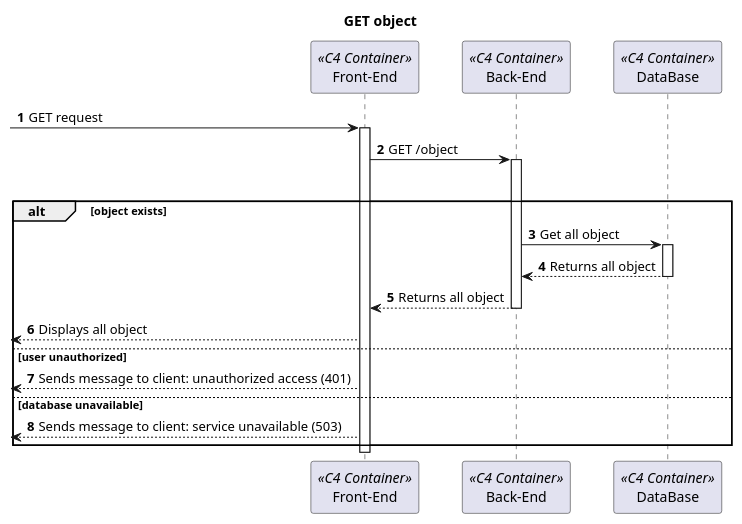
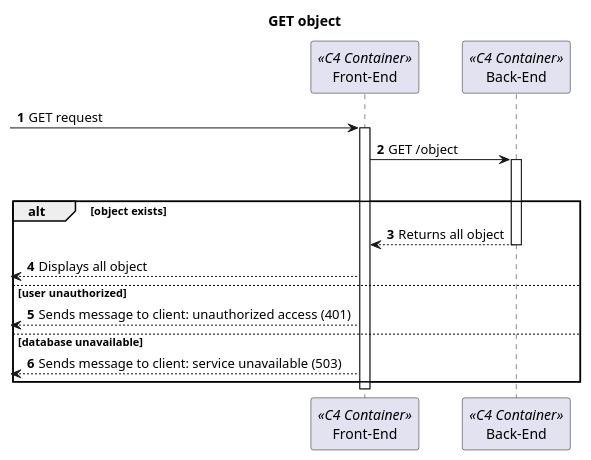
One commit to AlexandreRibeiro1220647/LAPR5_Backend changed the diagram in docs/generic/lvl 2/genericGET.puml. Above: the diagram before and after it, drawn with PlantUML. The commit also changed 3 other files, not shown here.

Commit message:
Updated level 2 generic diagrams

```diff
--- a/docs/generic/lvl 2/genericGET.puml
+++ b/docs/generic/lvl 2/genericGET.puml
@@ -1,38 +1,31 @@
 @startuml Process View - Level 2
 
 autonumber
 skinparam packageStyle rect
 
 title GET object
 
 participant "Front-End" as FE <<C4 Container>>
 participant "Back-End" as BE <<C4 Container>>
-participant "DataBase" as DB <<C4 Container>>
 
 -> FE: GET request
 activate FE
 FE -> BE: GET /object
 activate BE
 alt user authorized
 
     alt object exists
-
-        BE -> DB: Get all object
-        activate DB
-        DB --> BE: Returns all object
-        deactivate DB
-
         BE --> FE: Returns all object
         deactivate BE
         <-- FE: Displays all object
     
 else user unauthorized
 
 <-- FE: Sends message to client: unauthorized access (401)
 else database unavailable
 <-- FE: Sends message to client: service unavailable (503)
 end alt
 deactivate FE
 
 
 @enduml
```
